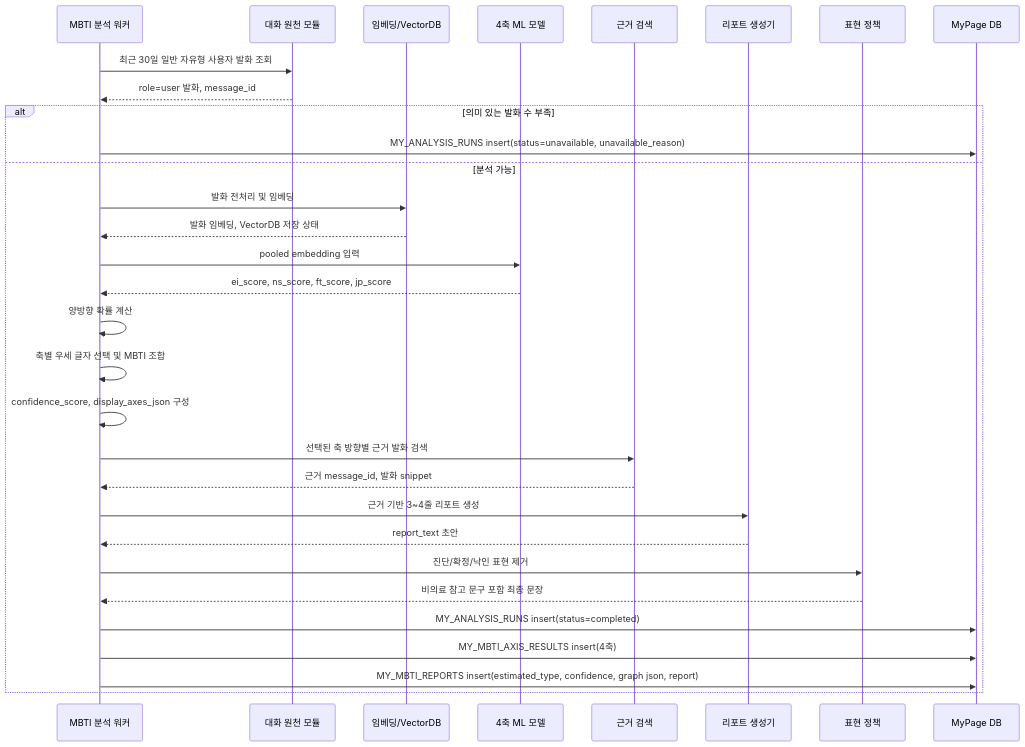
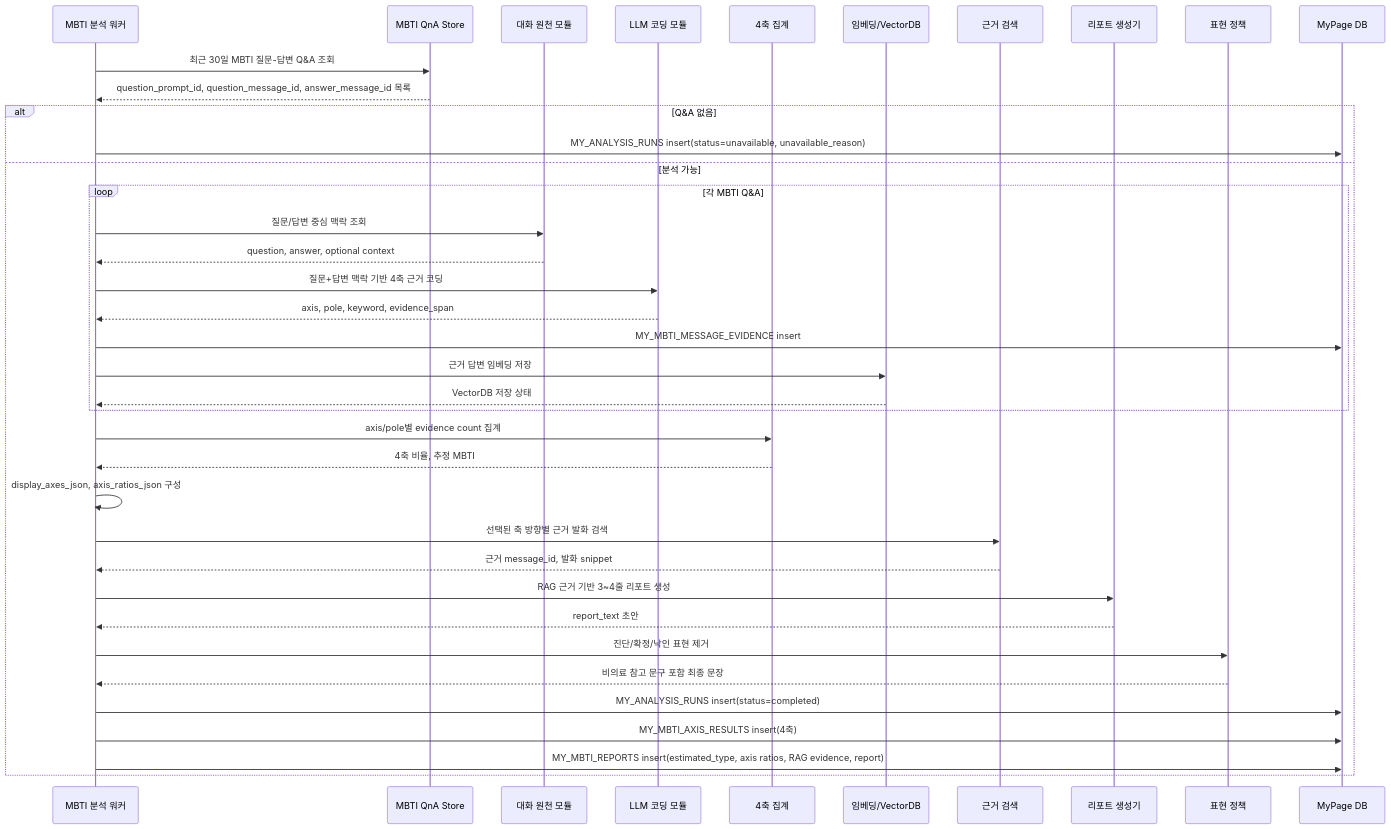
Before and after one commit to SKNETWORKS-FAMILY-AICAMP/SKN27-FINAL-4Team: the sixth of 8 diagrams in docs/한재웅/시퀀스다이어그램_MY_설정_관리자_v0.9.1.md, drawn with Mermaid. The commit also changed other lines of this file and 12 other files, not shown here.

````diff
--- a/docs/한재웅/시퀀스다이어그램_MY_설정_관리자_v0.9.1.md
+++ b/docs/한재웅/시퀀스다이어그램_MY_설정_관리자_v0.9.1.md
@@ -147,36 +174,44 @@
 ```mermaid
 sequenceDiagram
     participant Worker as MBTI 분석 워커
+    participant QDB as MBTI QnA Store
     participant Chat as 대화 원천 모듈
+    participant LLMCode as LLM 코딩 모듈
+    participant Stats as 4축 집계
     participant Embed as 임베딩/VectorDB
-    participant ML as 4축 ML 모델
     participant RAG as 근거 검색
-    participant LLM as 리포트 생성기
+    participant LLMReport as 리포트 생성기
     participant Policy as 표현 정책
     participant DB as MyPage DB
 
-    Worker->>Chat: 최근 30일 일반 자유형 사용자 발화 조회
-    Chat-->>Worker: role=user 발화, message_id
+    Worker->>QDB: 최근 30일 MBTI 질문-답변 Q&A 조회
+    QDB-->>Worker: question_prompt_id, question_message_id, answer_message_id 목록
 
-    alt 의미 있는 발화 수 부족
+    alt Q&A 없음
         Worker->>DB: MY_ANALYSIS_RUNS insert(status=unavailable, unavailable_reason)
     else 분석 가능
-        Worker->>Embed: 발화 전처리 및 임베딩
-        Embed-->>Worker: 발화 임베딩, VectorDB 저장 상태
-        Worker->>ML: pooled embedding 입력
-        ML-->>Worker: ei_score, ns_score, ft_score, jp_score
-        Worker->>Worker: 양방향 확률 계산
-        Worker->>Worker: 축별 우세 글자 선택 및 MBTI 조합
-        Worker->>Worker: confidence_score, display_axes_json 구성
+        loop 각 MBTI Q&A
+            Worker->>Chat: 질문/답변 중심 맥락 조회
+            Chat-->>Worker: question, answer, optional context
+            Worker->>LLMCode: 질문+답변 맥락 기반 4축 근거 코딩
+            LLMCode-->>Worker: axis, pole, keyword, evidence_span
+            Worker->>DB: MY_MBTI_MESSAGE_EVIDENCE insert
+            Worker->>Embed: 근거 답변 임베딩 저장
+            Embed-->>Worker: VectorDB 저장 상태
+        end
+
+        Worker->>Stats: axis/pole별 evidence count 집계
+        Stats-->>Worker: 4축 비율, 추정 MBTI
+        Worker->>Worker: display_axes_json, axis_ratios_json 구성
         Worker->>RAG: 선택된 축 방향별 근거 발화 검색
         RAG-->>Worker: 근거 message_id, 발화 snippet
-        Worker->>LLM: 근거 기반 3~4줄 리포트 생성
-        LLM-->>Worker: report_text 초안
+        Worker->>LLMReport: RAG 근거 기반 3~4줄 리포트 생성
+        LLMReport-->>Worker: report_text 초안
         Worker->>Policy: 진단/확정/낙인 표현 제거
         Policy-->>Worker: 비의료 참고 문구 포함 최종 문장
 
         Worker->>DB: MY_ANALYSIS_RUNS insert(status=completed)
         Worker->>DB: MY_MBTI_AXIS_RESULTS insert(4축)
-        Worker->>DB: MY_MBTI_REPORTS insert(estimated_type, confidence, graph json, report)
+        Worker->>DB: MY_MBTI_REPORTS insert(estimated_type, axis ratios, RAG evidence, report)
     end
 ```
````
